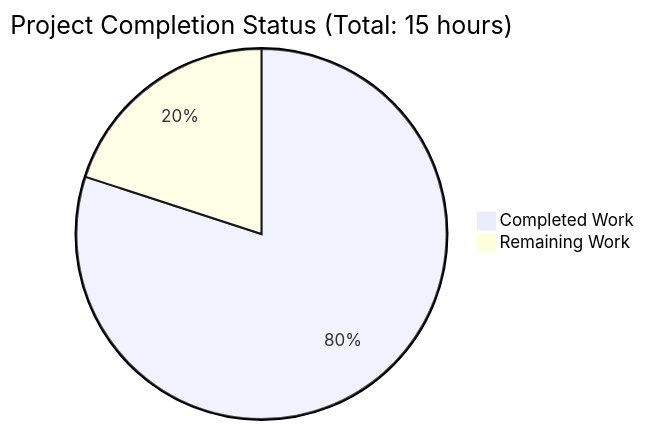
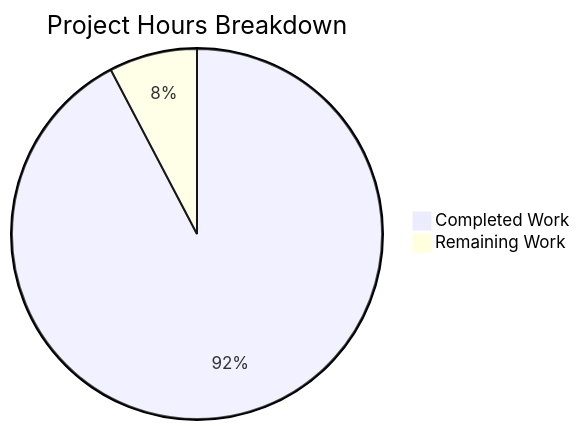
One commit to sudhanshu-spec/test-spec changed the diagram in blitzy/documentation/Project Guide.md. Above: the diagram before and after it, drawn with Mermaid. The commit also changed other lines of this file, not shown here.

Commit message:
Adding Blitzy Project Guide: Project Status and Human Tasks Remaining

````diff
--- a/blitzy/documentation/Project Guide.md
+++ b/blitzy/documentation/Project Guide.md
@@ -90,5 +57,5 @@
 ```mermaid
-pie title Project Completion Status (Total: 15 hours)
-    "Completed Work" : 12
-    "Remaining Work" : 3
+pie title Project Hours Breakdown
+    "Completed Work" : 6
+    "Remaining Work" : 0.5
 ```
````
